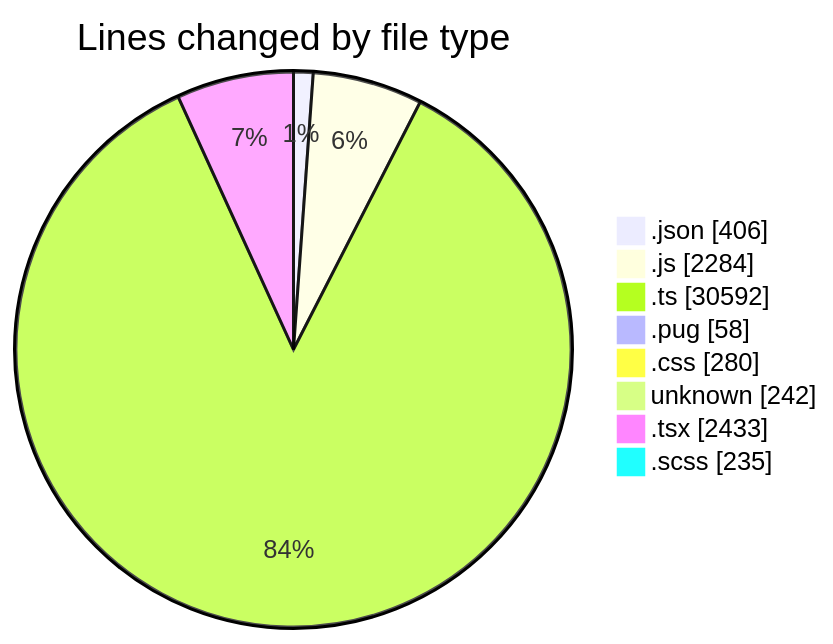
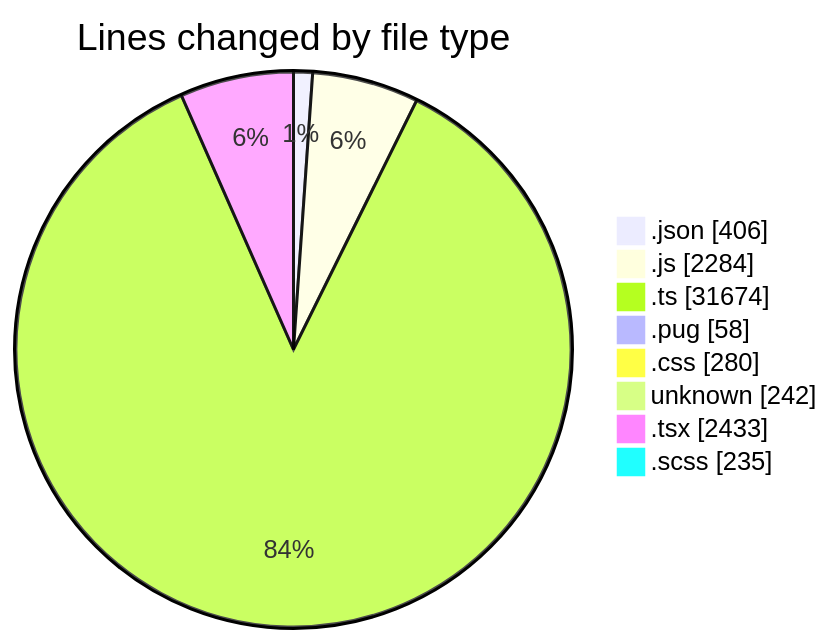
One commit to momahboobian/code-tracking changed the first of 2 diagrams in 2026-06-02/cda/README.md. Above: the diagram before and after it, drawn with Mermaid. The commit also changed other lines of this file and 1 other file, not shown here.

````diff
--- a/2026-06-02/cda/README.md
+++ b/2026-06-02/cda/README.md
@@ -69,12 +69,12 @@
 ```mermaid
 pie showData
 title Lines changed by file type
 ".json" : 406
 ".js" : 2284
-".ts" : 30592
+".ts" : 31674
 ".pug" : 58
 ".css" : 280
 "unknown" : 242
 ".tsx" : 2433
 ".scss" : 235
 ```
````
